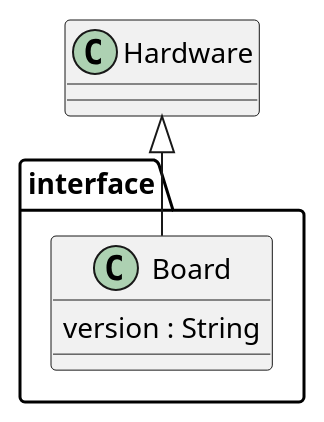
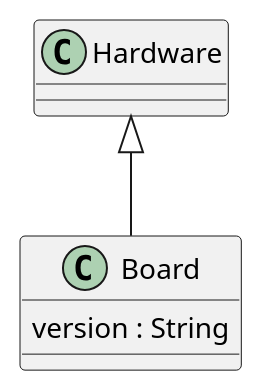
The diagram in src/class/include/board.iuml (beerfactory/brewbox-uml), drawn with PlantUML before and after one commit. The commit also changed 133 other files, not shown here.

```diff
--- a/src/class/include/board.iuml
+++ b/src/class/include/board.iuml
@@ -1,7 +1,5 @@
-package interface {
-	class Board {
-		version : String	
-	}
+class Board {
+	version : String	
 }
 
 Hardware <|-- Board
```
